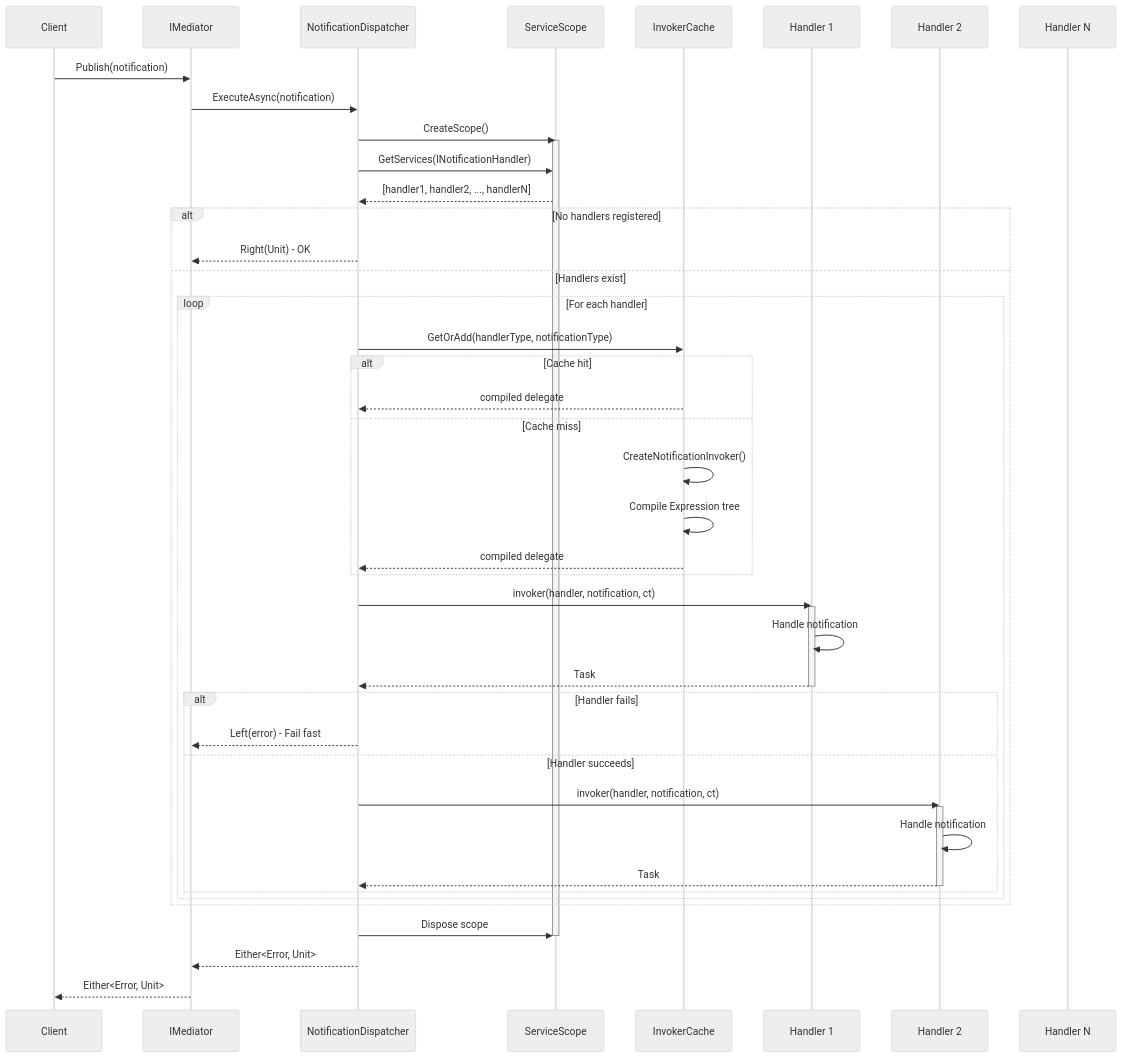
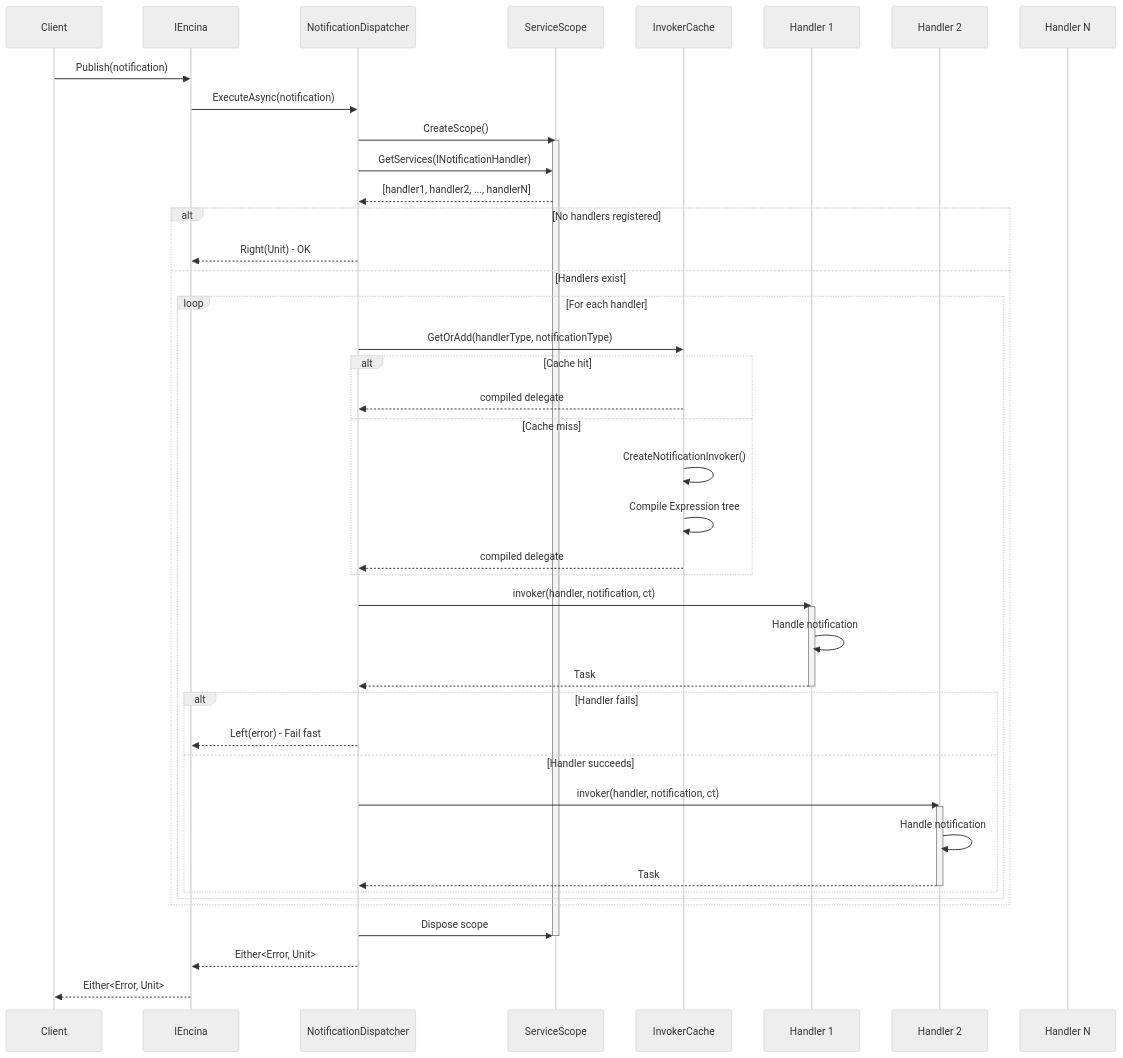
The third of 7 diagrams in docs/architecture/component-diagram.md (dlrivada/Encina), drawn with Mermaid (neutral theme) before and after one commit. The commit also changed other lines of this file and 394 other files, not shown here.

First line of the commit message:
refactor: complete Mediator to Encina renaming across entire codebase

````diff
--- a/docs/architecture/component-diagram.md
+++ b/docs/architecture/component-diagram.md
@@ -138,55 +138,55 @@
 ```mermaid
 sequenceDiagram
     participant Client
-    participant Mediator as IMediator
+    participant Encina as IEncina
     participant Dispatcher as NotificationDispatcher
     participant DI as ServiceScope
     participant Cache as InvokerCache
     participant Handler1 as Handler 1
     participant Handler2 as Handler 2
     participant HandlerN as Handler N
 
-    Client->>Mediator: Publish(notification)
-    Mediator->>Dispatcher: ExecuteAsync(notification)
+    Client->>Encina: Publish(notification)
+    Encina->>Dispatcher: ExecuteAsync(notification)
 
     Dispatcher->>DI: CreateScope()
     activate DI
     Dispatcher->>DI: GetServices(INotificationHandler)
     DI-->>Dispatcher: [handler1, handler2, ..., handlerN]
 
     alt No handlers registered
-        Dispatcher-->>Mediator: Right(Unit) - OK
+        Dispatcher-->>Encina: Right(Unit) - OK
     else Handlers exist
         loop For each handler
             Dispatcher->>Cache: GetOrAdd(handlerType, notificationType)
             alt Cache hit
                 Cache-->>Dispatcher: compiled delegate
             else Cache miss
                 Cache->>Cache: CreateNotificationInvoker()
                 Cache->>Cache: Compile Expression tree
                 Cache-->>Dispatcher: compiled delegate
             end
 
             Dispatcher->>Handler1: invoker(handler, notification, ct)
             activate Handler1
             Handler1->>Handler1: Handle notification
             Handler1-->>Dispatcher: Task
             deactivate Handler1
 
             alt Handler fails
-                Dispatcher-->>Mediator: Left(error) - Fail fast
+                Dispatcher-->>Encina: Left(error) - Fail fast
             else Handler succeeds
                 Dispatcher->>Handler2: invoker(handler, notification, ct)
                 activate Handler2
                 Handler2->>Handler2: Handle notification
                 Handler2-->>Dispatcher: Task
                 deactivate Handler2
             end
         end
     end
 
     Dispatcher->>DI: Dispose scope
     deactivate DI
-    Dispatcher-->>Mediator: Either<Error, Unit>
-    Mediator-->>Client: Either<Error, Unit>
+    Dispatcher-->>Encina: Either<Error, Unit>
+    Encina-->>Client: Either<Error, Unit>
 ```
````
